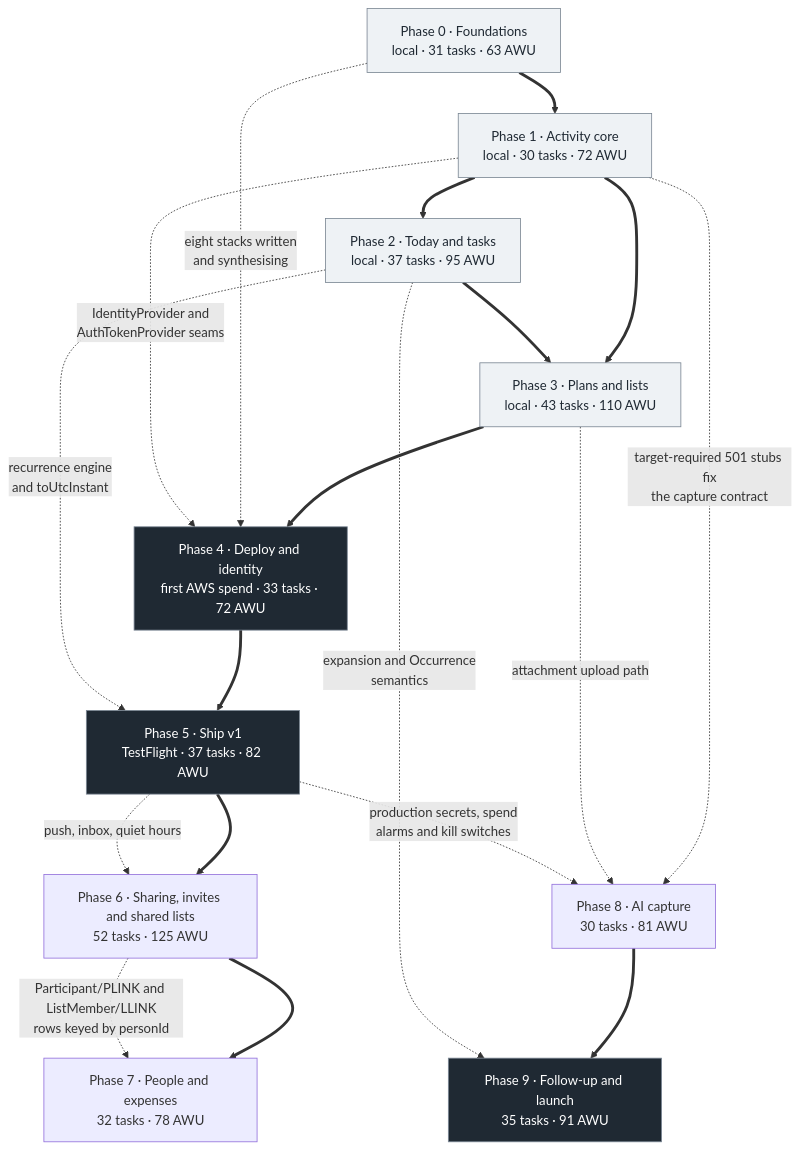
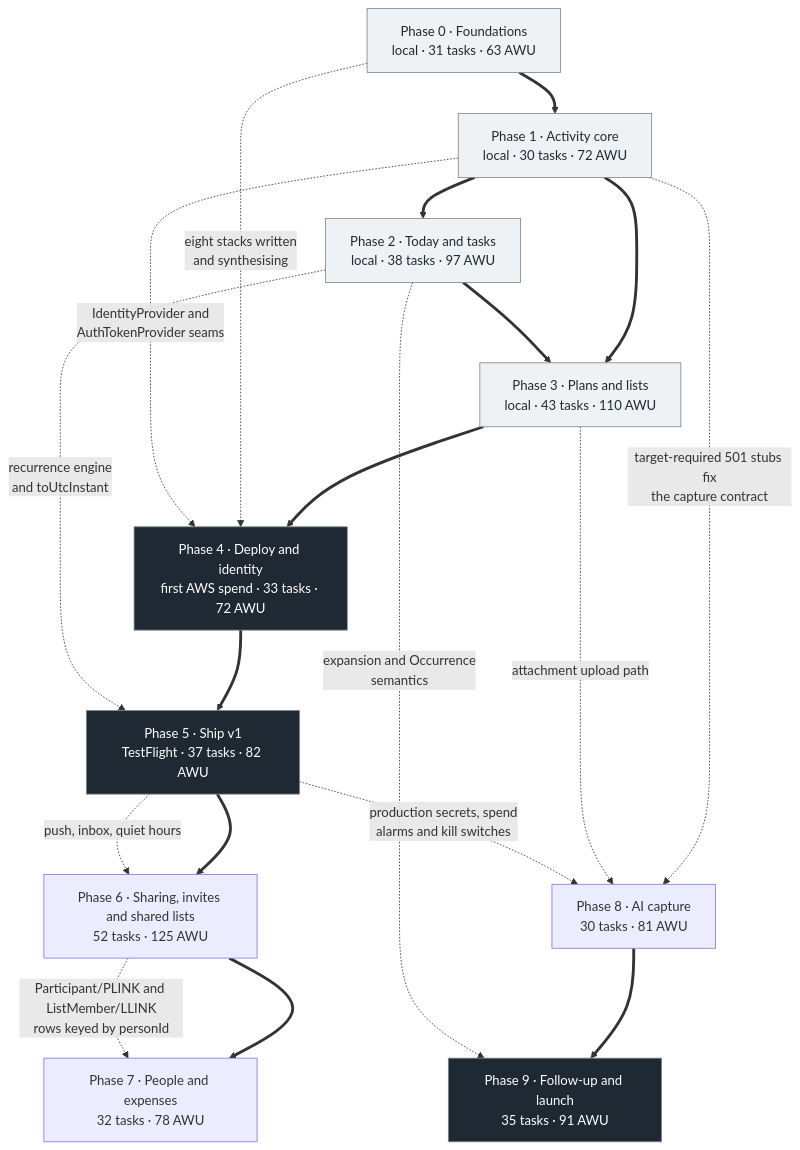
The diagram in docs/03-implementation/roadmap.md (malikujjwal/ordinarydays), drawn with Mermaid before and after one commit. The commit also changed other lines of this file and 4 other files, not shown here.

````diff
--- a/docs/03-implementation/roadmap.md
+++ b/docs/03-implementation/roadmap.md
@@ -238,38 +238,38 @@
 ```mermaid
 graph TD
     P0["Phase 0 · Foundations<br/>local · 31 tasks · 63 AWU"]
     P1["Phase 1 · Activity core<br/>local · 30 tasks · 72 AWU"]
-    P2["Phase 2 · Today and tasks<br/>local · 37 tasks · 95 AWU"]
+    P2["Phase 2 · Today and tasks<br/>local · 38 tasks · 97 AWU"]
     P3["Phase 3 · Plans and lists<br/>local · 43 tasks · 110 AWU"]
     P4["Phase 4 · Deploy and identity<br/>first AWS spend · 33 tasks · 72 AWU"]
     P5["Phase 5 · Ship v1<br/>TestFlight · 37 tasks · 82 AWU"]
     P6["Phase 6 · Sharing, invites and shared lists<br/>52 tasks · 125 AWU"]
     P7["Phase 7 · People and expenses<br/>32 tasks · 78 AWU"]
     P8["Phase 8 · AI capture<br/>30 tasks · 81 AWU"]
     P9["Phase 9 · Follow-up and launch<br/>35 tasks · 91 AWU"]
 
     P0 ==> P1
     P1 ==> P2
     P1 ==> P3
     P2 ==> P3
     P3 ==> P4
     P4 ==> P5
     P5 ==> P6
     P6 ==> P7
     P8 ==> P9
 
     P0 -. "eight stacks written<br/>and synthesising" .-> P4
     P1 -. "IdentityProvider and<br/>AuthTokenProvider seams" .-> P4
     P1 -. "target-required 501 stubs fix<br/>the capture contract" .-> P8
     P2 -. "recurrence engine<br/>and toUtcInstant" .-> P5
     P2 -. "expansion and Occurrence<br/>semantics" .-> P9
     P3 -. "attachment upload path" .-> P8
     P5 -. "production secrets, spend<br/>alarms and kill switches" .-> P8
     P5 -. "push, inbox, quiet hours" .-> P6
     P6 -. "Participant/PLINK and ListMember/LLINK<br/>rows keyed by personId" .-> P7
 
     classDef local fill:#eef2f5,stroke:#7b8794,color:#1f2933
     classDef ship fill:#1f2933,stroke:#7b8794,color:#ffffff
     class P0,P1,P2,P3 local
     class P4,P5,P9 ship
 ```
````
